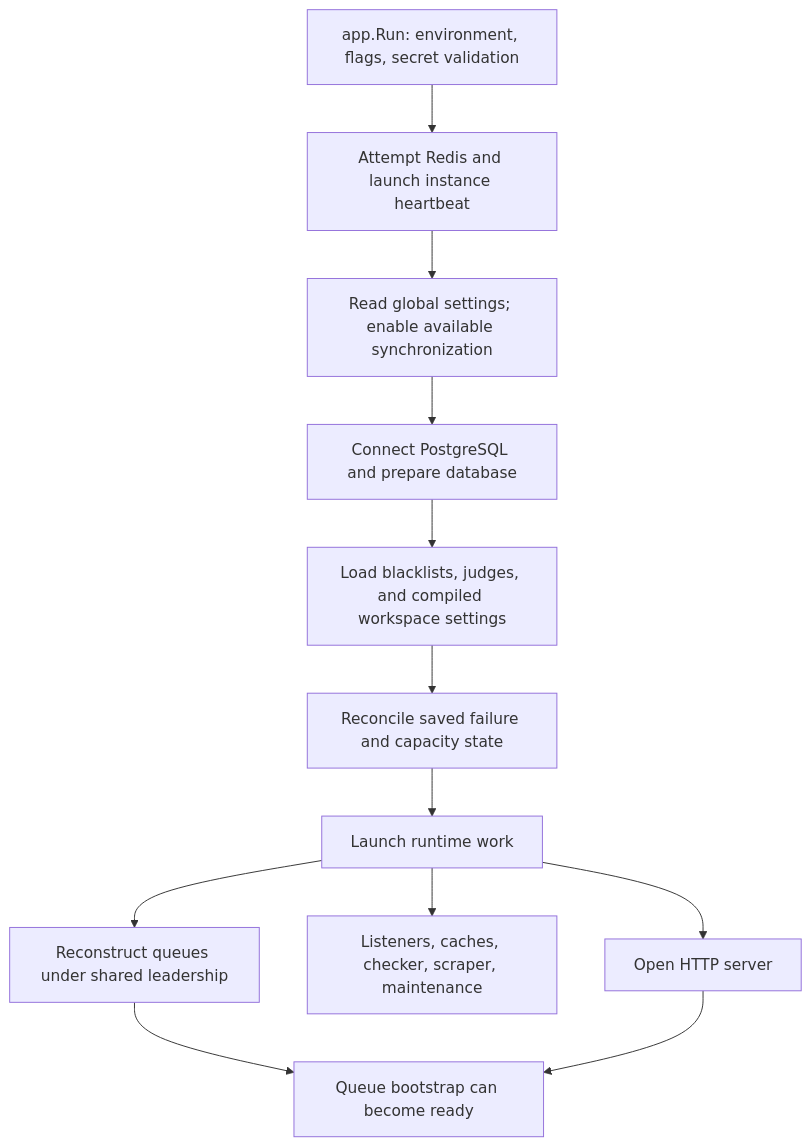
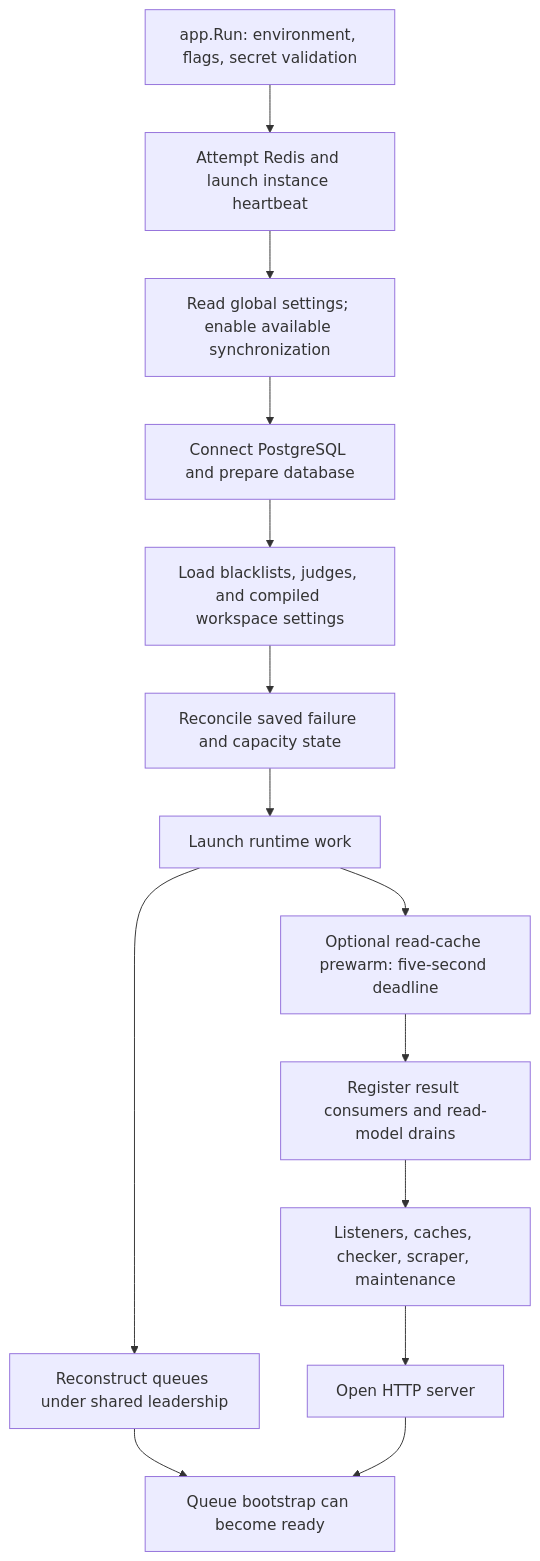
Before and after one commit to Magpie-Tools/magpie-docs: the first of 2 diagrams in docs/backend/startup-and-lifecycle.md, drawn with Mermaid. The commit also changed other lines of this file and 12 other files, not shown here.

````diff
--- a/docs/backend/startup-and-lifecycle.md
+++ b/docs/backend/startup-and-lifecycle.md
@@ -27,16 +27,18 @@
 ```mermaid
 flowchart TD
     accTitle: Backend bootstrap
     accDescr: Application validation leads to settings, database setup, runtime snapshots, and reconciliation. Queue reconstruction and jobs launch before API readiness can complete.
     Entry["app.Run: environment, flags, secret validation"] --> Heartbeat["Attempt Redis and launch instance heartbeat"]
     Heartbeat --> Settings["Read global settings; enable available synchronization"]
     Settings --> DB["Connect PostgreSQL and prepare database"]
     DB --> Prepare["Load blacklists, judges, and compiled workspace settings"]
     Prepare --> Reconcile["Reconcile saved failure and capacity state"]
     Reconcile --> Fork["Launch runtime work"]
     Fork --> Queues["Reconstruct queues under shared leadership"]
-    Fork --> Jobs["Listeners, caches, checker, scraper, maintenance"]
-    Fork --> API["Open HTTP server"]
+    Fork --> Prewarm["Optional read-cache prewarm: five-second deadline"]
+    Prewarm --> Drains["Register result consumers and read-model drains"]
+    Drains --> Jobs["Listeners, caches, checker, scraper, maintenance"]
+    Jobs --> API["Open HTTP server"]
     Queues --> Ready["Queue bootstrap can become ready"]
     API --> Ready
 ```
````
